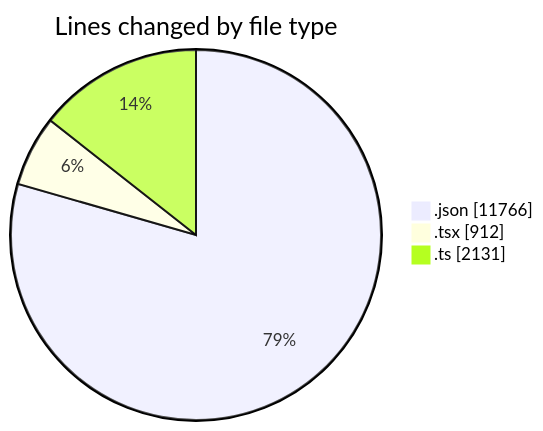
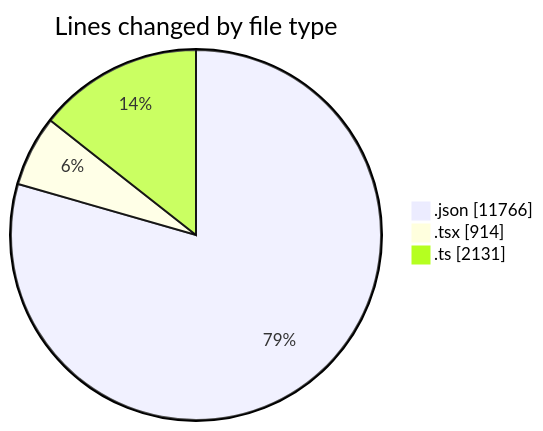
Before and after one commit to nxtqubesakshisongat/code-tracking: the first of 2 diagrams in 2026-04-16/airfeed-analytics-dashboard/README.md, drawn with Mermaid. The commit also changed other lines of this file and 1 other file, not shown here.

````diff
--- a/2026-04-16/airfeed-analytics-dashboard/README.md
+++ b/2026-04-16/airfeed-analytics-dashboard/README.md
@@ -31,7 +31,7 @@
 ```mermaid
 pie showData
 title Lines changed by file type
 ".json" : 11766
-".tsx" : 912
+".tsx" : 914
 ".ts" : 2131
 ```
````
